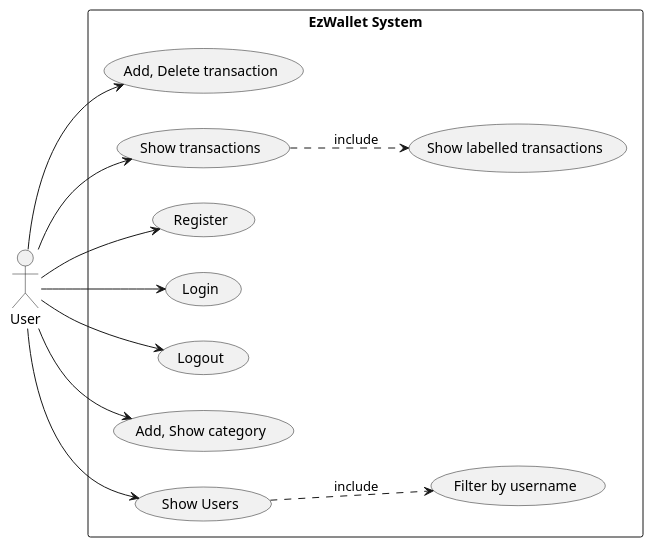
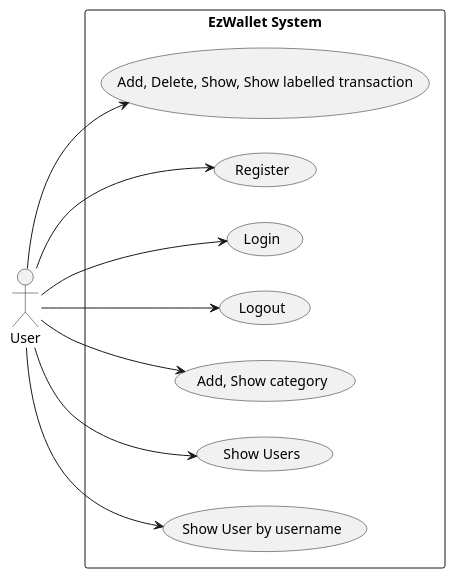
The second of 5 diagrams in RequirementsDocumentV1.md (lara-m2000/ezwallet), drawn with PlantUML before and after one commit. The commit also changed other lines of this file, not shown here.

Commit message:
docs: modified uc diagram

````diff
--- a/RequirementsDocumentV1.md
+++ b/RequirementsDocumentV1.md
@@ -169,38 +170,30 @@
 ```plantuml
 @startuml
 left to right direction
 
 actor User
 
 rectangle "EzWallet System" as System {
-	usecase "Add, Delete transaction" as ADTransaction
-	usecase "Show transactions" as ShowTransactions
+	usecase "Add, Delete, Show, Show labelled transaction" as Transaction
 
 	usecase Register
 	usecase Login
 	usecase Logout
-	usecase "Show labelled transactions" as Labelled
 
 	usecase "Add, Show category" as Category
 
 	usecase "Show Users" as SUsers
-	usecase "Filter by username" as FilterUser
+	usecase "Show User by username" as UUsers
 }
 
-User --> ShowTransactions
-User --> ADTransaction
-ShowTransactions ..> Labelled : include
-
+User --> Transaction
 User --> Category
-
 User --> Register
 User --> Login
 User --> Logout
-
-
 User --> SUsers
-SUsers ..> FilterUser : include
+User --> UUsers
 
 
 @enduml
 ```
````
